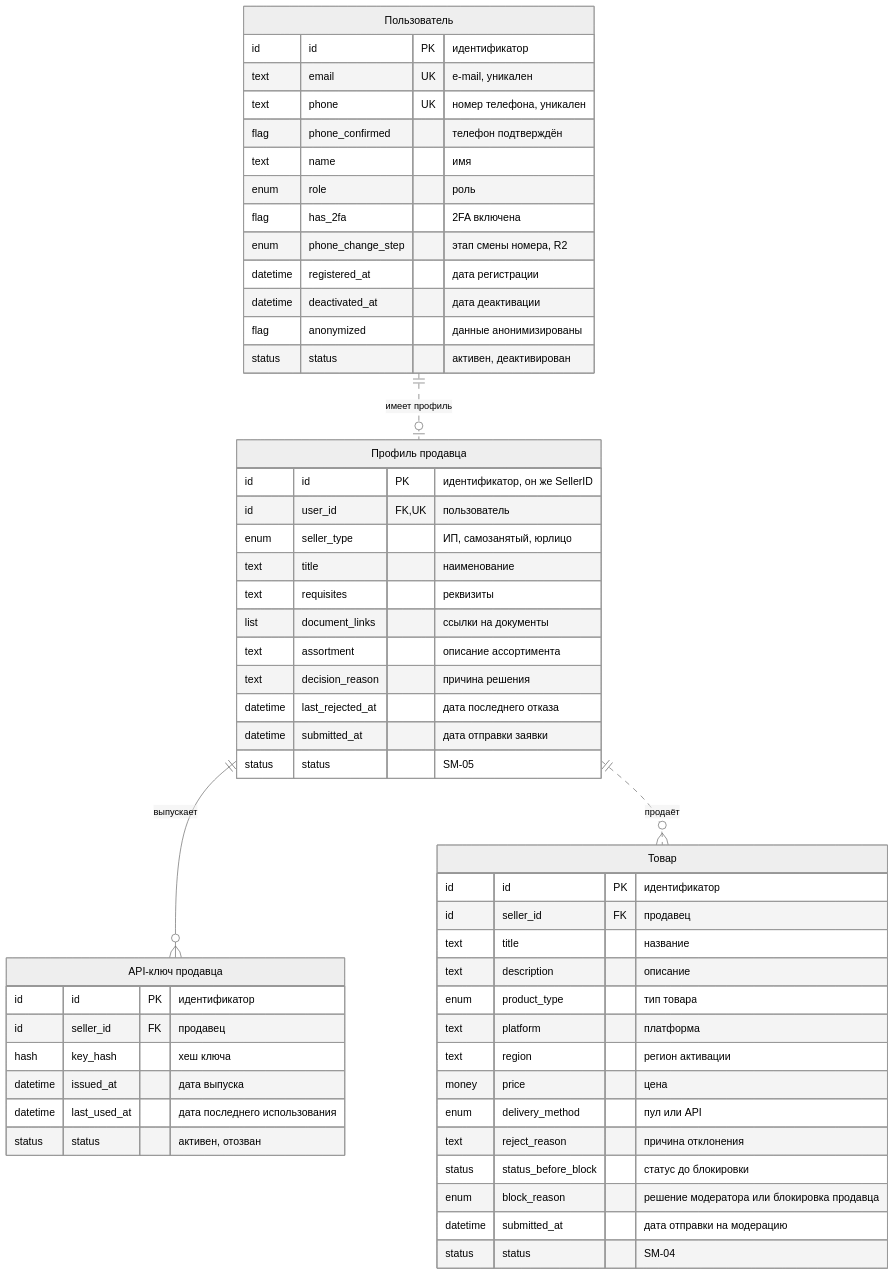
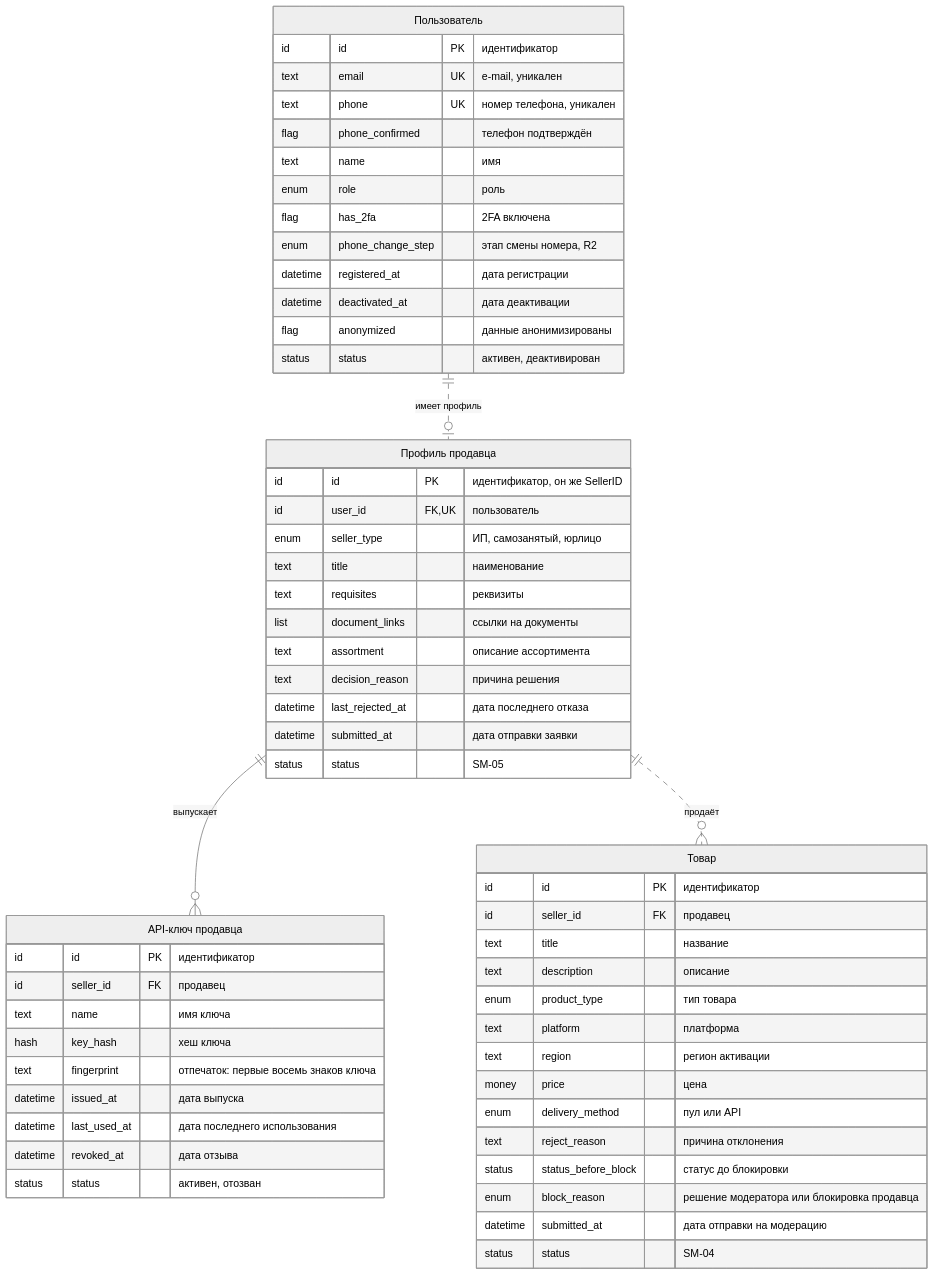
One commit to Lapin143/digital-goods-marketplace changed the second of 6 diagrams in docs/04-domain/logical-er.md. Above: the diagram before and after it, drawn with Mermaid (neutral theme). The commit also changed 49 other files, not shown here.

First line of the commit message:
docs(r2): контракты и модель среза 1, ADR-027, ADR-028, диаграмма выдачи по запросу

````diff
--- a/docs/04-domain/logical-er.md
+++ b/docs/04-domain/logical-er.md
@@ -118,58 +118,61 @@
 ```mermaid
 erDiagram
     USER["Пользователь"] {
         id id PK "идентификатор"
         text email UK "e-mail, уникален"
         text phone UK "номер телефона, уникален"
         flag phone_confirmed "телефон подтверждён"
         text name "имя"
         enum role "роль"
         flag has_2fa "2FA включена"
         enum phone_change_step "этап смены номера, R2"
         datetime registered_at "дата регистрации"
         datetime deactivated_at "дата деактивации"
         flag anonymized "данные анонимизированы"
         status status "активен, деактивирован"
     }
     SELLER_PROFILE["Профиль продавца"] {
         id id PK "идентификатор, он же SellerID"
         id user_id FK, UK "пользователь"
         enum seller_type "ИП, самозанятый, юрлицо"
         text title "наименование"
         text requisites "реквизиты"
         list document_links "ссылки на документы"
         text assortment "описание ассортимента"
         text decision_reason "причина решения"
         datetime last_rejected_at "дата последнего отказа"
         datetime submitted_at "дата отправки заявки"
         status status "SM-05"
     }
     API_KEY["API-ключ продавца"] {
         id id PK "идентификатор"
         id seller_id FK "продавец"
+        text name "имя ключа"
         hash key_hash "хеш ключа"
+        text fingerprint "отпечаток: первые восемь знаков ключа"
         datetime issued_at "дата выпуска"
         datetime last_used_at "дата последнего использования"
+        datetime revoked_at "дата отзыва"
         status status "активен, отозван"
     }
     PRODUCT["Товар"] {
         id id PK "идентификатор"
         id seller_id FK "продавец"
         text title "название"
         text description "описание"
         enum product_type "тип товара"
         text platform "платформа"
         text region "регион активации"
         money price "цена"
         enum delivery_method "пул или API"
         text reject_reason "причина отклонения"
         status status_before_block "статус до блокировки"
         enum block_reason "решение модератора или блокировка продавца"
         datetime submitted_at "дата отправки на модерацию"
         status status "SM-04"
     }
 
     SELLER_PROFILE ||--o{ API_KEY : "выпускает"
     USER ||..o| SELLER_PROFILE : "имеет профиль"
     SELLER_PROFILE ||..o{ PRODUCT : "продаёт"
 ```
````
